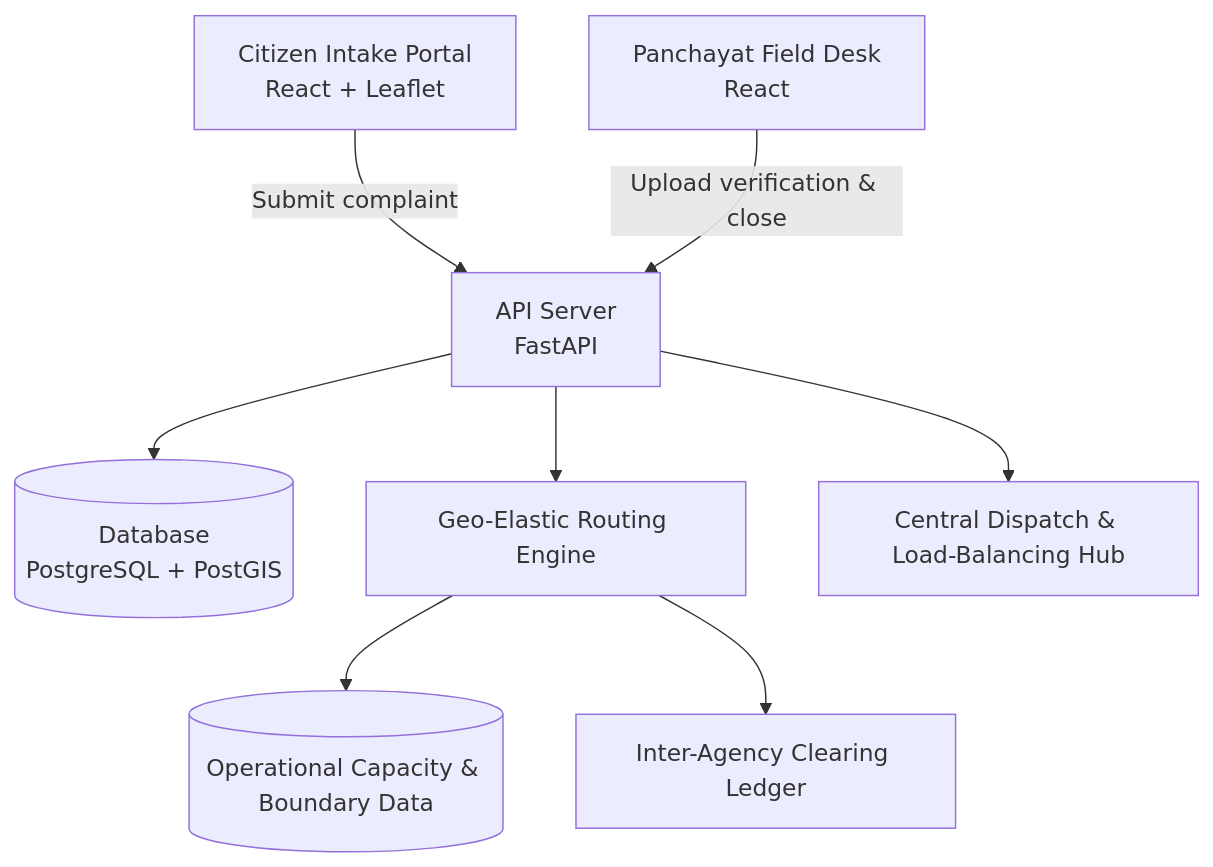
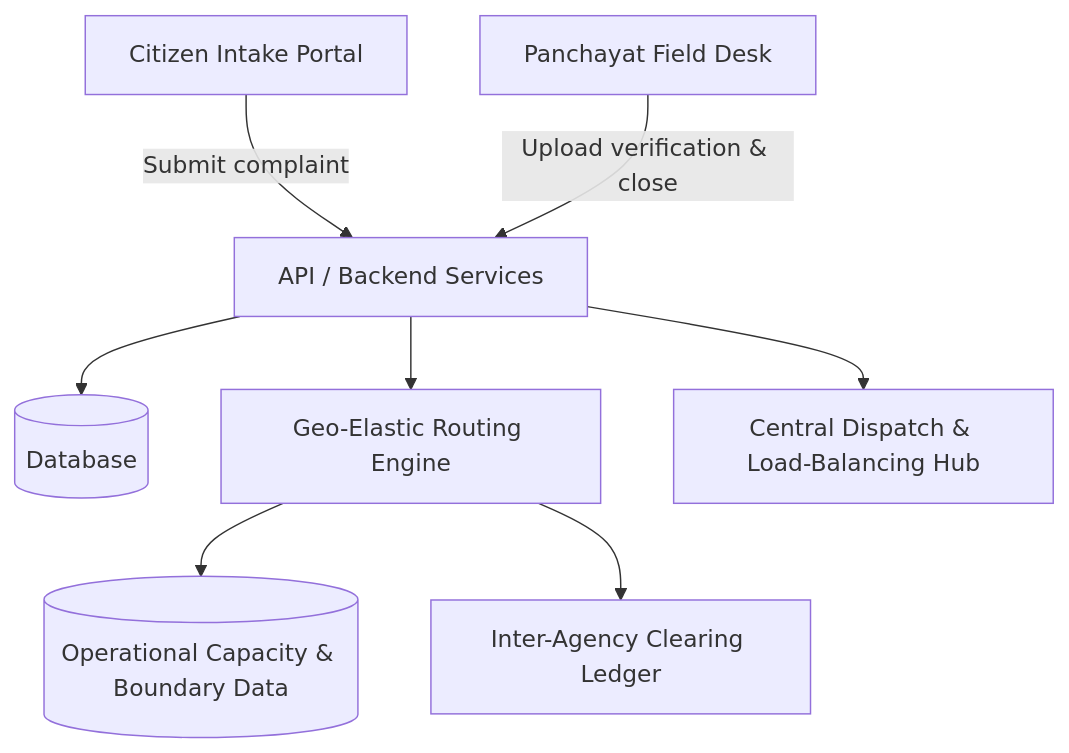
Before and after one commit to panavkbysani2011-jpg/HM26-2F61Submission: the first of 2 diagrams in docs/architecture.md, drawn with Mermaid. The commit also changed other lines of this file and 6 other files, not shown here.

````diff
--- a/docs/architecture.md
+++ b/docs/architecture.md
@@ -7,10 +7,10 @@
 ```mermaid
 flowchart TD
-    A[Citizen Intake Portal<br/>React + Leaflet] -->|Submit complaint| B[API Server<br/>FastAPI]
-    W[Panchayat Field Desk<br/>React] -->|Upload verification & close| B
-    B --> C[(Database<br/>PostgreSQL + PostGIS)]
+    A[Citizen Intake Portal] -->|Submit complaint| B[API / Backend Services]
+    W[Panchayat Field Desk] -->|Upload verification & close| B
+    B --> C[(Database)]
     B --> D[Geo-Elastic Routing Engine]
     D --> E[(Operational Capacity & Boundary Data)]
     B --> F[Central Dispatch & Load-Balancing Hub]
     D --> G[Inter-Agency Clearing Ledger]
 ```
````
